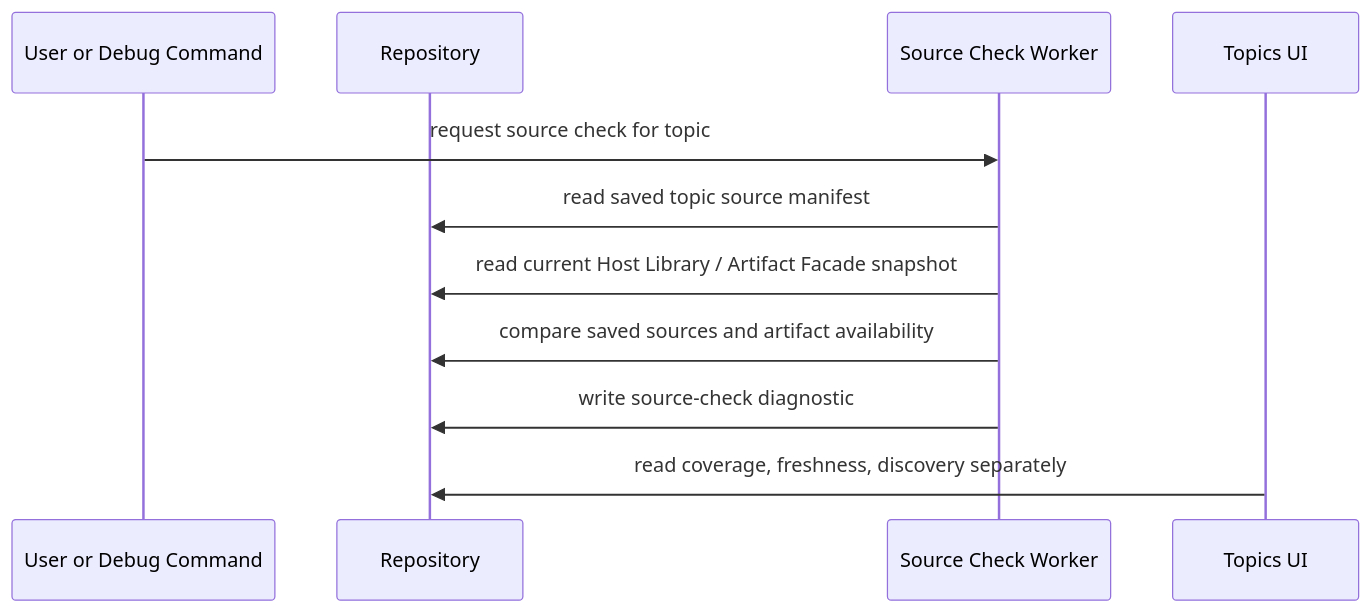
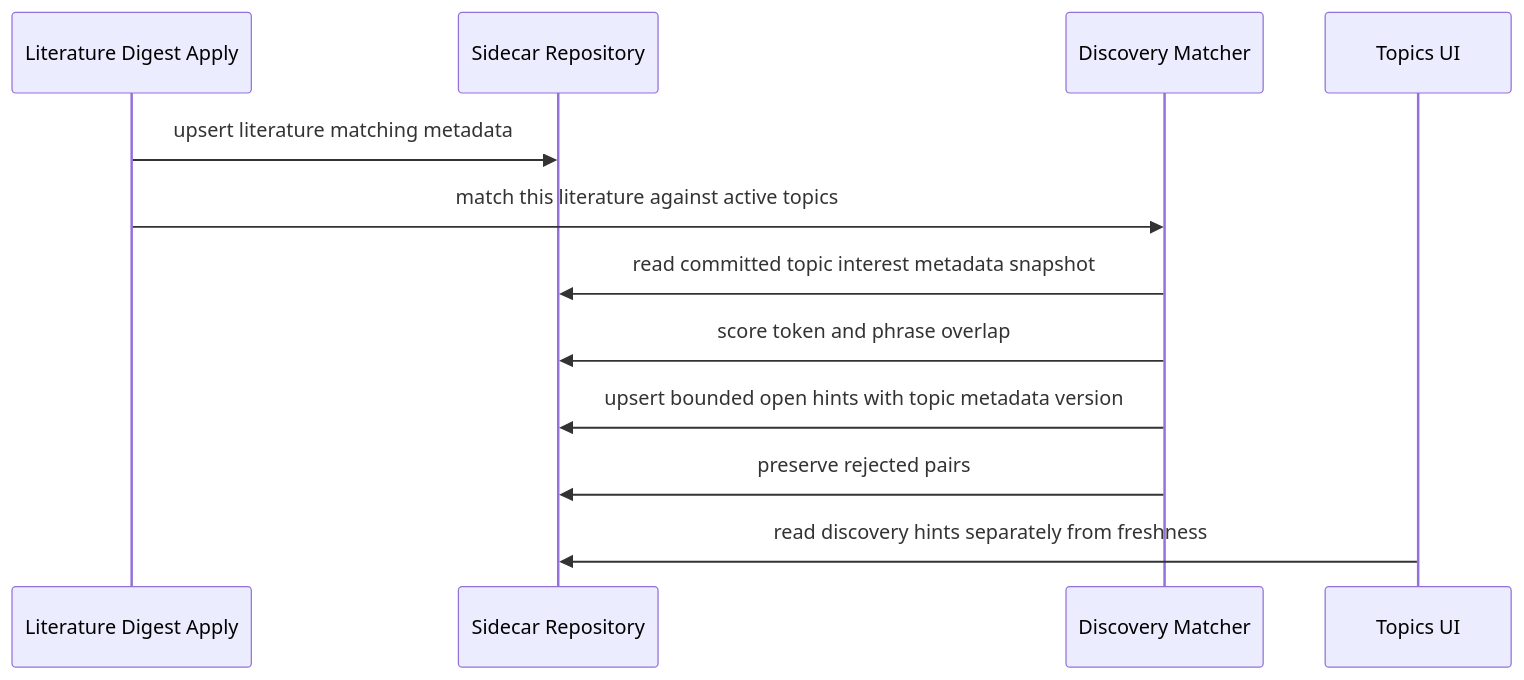
One commit to leike0813/zotero-agents changed the sixth of 8 diagrams in doc/synthesis-layer/sequences.md. Above: the diagram before and after it, drawn with Mermaid. The commit also changed other lines of this file and 267 other files, not shown here.

````diff
--- a/doc/synthesis-layer/sequences.md
+++ b/doc/synthesis-layer/sequences.md
@@ -247,14 +175,15 @@
 ```mermaid
 sequenceDiagram
-  participant U as User or Debug Command
-  participant R as Repository
-  participant F as Source Check Worker
+  participant A as Literature Digest Apply
+  participant S as Sidecar Repository
+  participant M as Discovery Matcher
   participant UI as Topics UI
 
-  U->>F: request source check for topic
-  F->>R: read saved topic source manifest
-  F->>R: read current Host Library / Artifact Facade snapshot
-  F->>R: compare saved sources and artifact availability
-  F->>R: write source-check diagnostic
-  UI->>R: read coverage, freshness, discovery separately
+  A->>S: upsert literature matching metadata
+  A->>M: match this literature against active topics
+  M->>S: read committed topic interest metadata snapshot
+  M->>S: score token and phrase overlap
+  M->>S: upsert bounded open hints with topic metadata version
+  M->>S: preserve rejected pairs
+  UI->>S: read discovery hints separately from freshness
 ```
````
